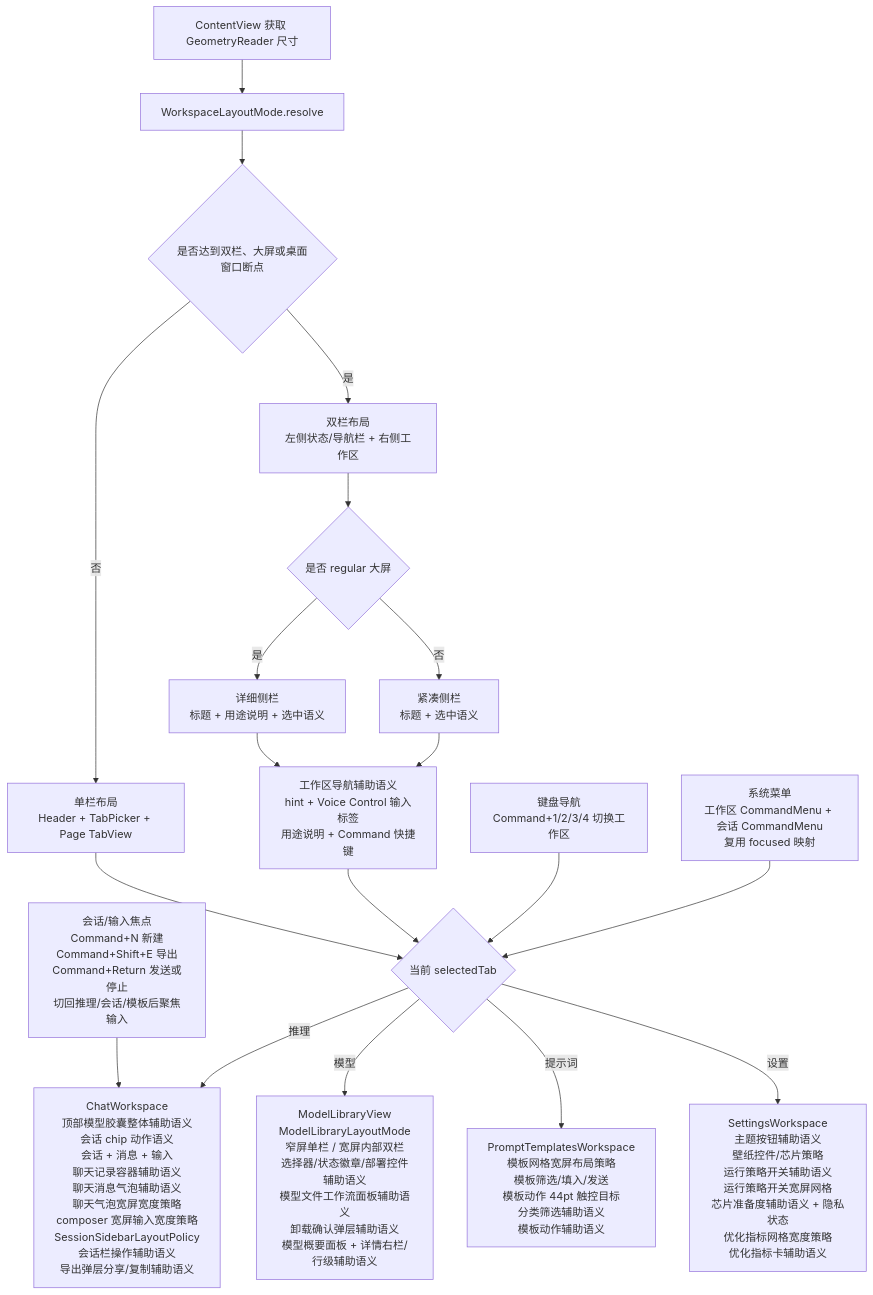
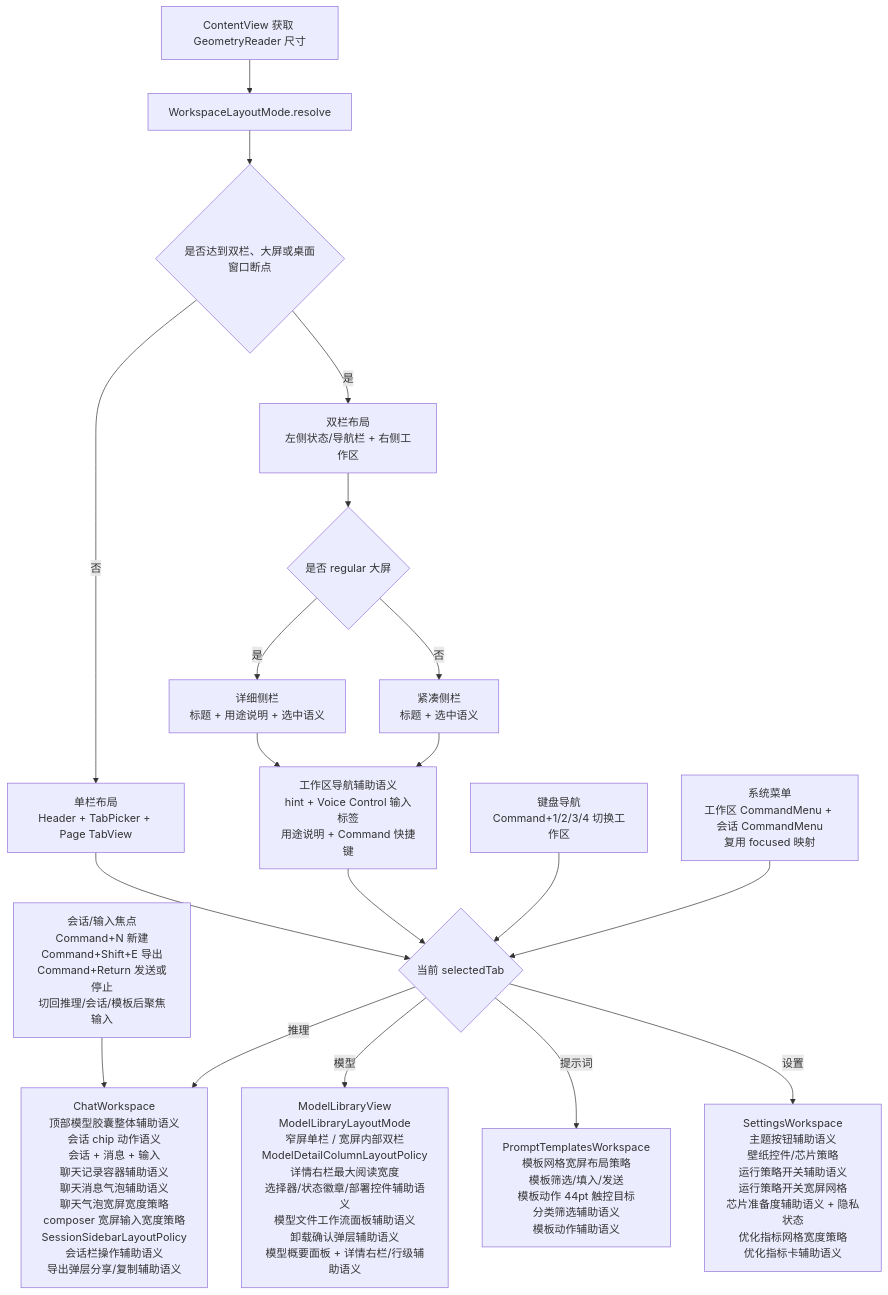
One commit to Altman-sam114/113 changed the fifth of 10 diagrams in md/flow/flowchart.md. Above: the diagram before and after it, drawn with Mermaid. The commit also changed other lines of this file and 8 other files, not shown here.

````diff
--- a/md/flow/flowchart.md
+++ b/md/flow/flowchart.md
@@ -84,21 +84,21 @@
 ```mermaid
 flowchart TD
     A[ContentView 获取 GeometryReader 尺寸] --> B[WorkspaceLayoutMode.resolve]
     B --> C{是否达到双栏、大屏或桌面窗口断点}
     C -- 否 --> D[单栏布局<br/>Header + TabPicker + Page TabView]
     C -- 是 --> E[双栏布局<br/>左侧状态/导航栏 + 右侧工作区]
     E --> N{是否 regular 大屏}
     N -- 是 --> O[详细侧栏<br/>标题 + 用途说明 + 选中语义]
     N -- 否 --> P[紧凑侧栏<br/>标题 + 选中语义]
     D --> F{当前 selectedTab}
     O --> X[工作区导航辅助语义<br/>hint + Voice Control 输入标签<br/>用途说明 + Command 快捷键]
     P --> X
     X --> F
     K[键盘导航<br/>Command+1/2/3/4 切换工作区] --> F
     M[系统菜单<br/>工作区 CommandMenu + 会话 CommandMenu<br/>复用 focused 映射] --> F
     L[会话/输入焦点<br/>Command+N 新建<br/>Command+Shift+E 导出<br/>Command+Return 发送或停止<br/>切回推理/会话/模板后聚焦输入] --> G
     F -- 推理 --> G[ChatWorkspace<br/>顶部模型胶囊整体辅助语义<br/>会话 chip 动作语义<br/>会话 + 消息 + 输入<br/>聊天记录容器辅助语义<br/>聊天消息气泡辅助语义<br/>聊天气泡宽屏宽度策略<br/>composer 宽屏输入宽度策略<br/>SessionSidebarLayoutPolicy<br/>会话栏操作辅助语义<br/>导出弹层分享/复制辅助语义]
-    F -- 模型 --> H[ModelLibraryView<br/>ModelLibraryLayoutMode<br/>窄屏单栏 / 宽屏内部双栏<br/>选择器/状态徽章/部署控件辅助语义<br/>模型文件工作流面板辅助语义<br/>卸载确认弹层辅助语义<br/>模型概要面板 + 详情右栏/行级辅助语义]
+    F -- 模型 --> H[ModelLibraryView<br/>ModelLibraryLayoutMode<br/>窄屏单栏 / 宽屏内部双栏<br/>ModelDetailColumnLayoutPolicy<br/>详情右栏最大阅读宽度<br/>选择器/状态徽章/部署控件辅助语义<br/>模型文件工作流面板辅助语义<br/>卸载确认弹层辅助语义<br/>模型概要面板 + 详情右栏/行级辅助语义]
     F -- 提示词 --> I[PromptTemplatesWorkspace<br/>模板网格宽屏布局策略<br/>模板筛选/填入/发送<br/>模板动作 44pt 触控目标<br/>分类筛选辅助语义<br/>模板动作辅助语义]
     F -- 设置 --> J[SettingsWorkspace<br/>主题按钮辅助语义<br/>壁纸控件/芯片策略<br/>运行策略开关辅助语义<br/>运行策略开关宽屏网格<br/>芯片准备度辅助语义 + 隐私状态<br/>优化指标网格宽度策略<br/>优化指标卡辅助语义]
 ```
````
